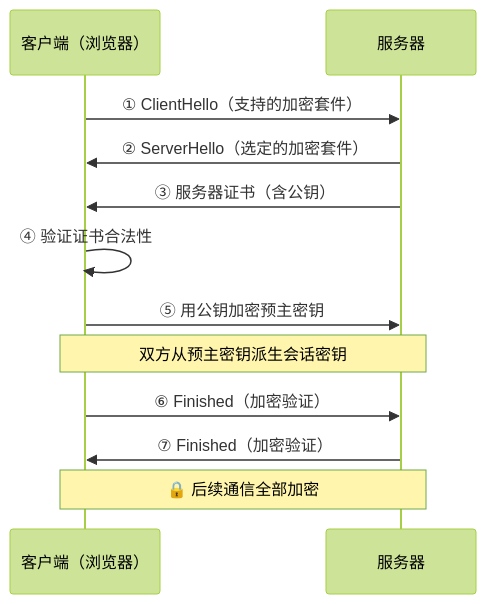
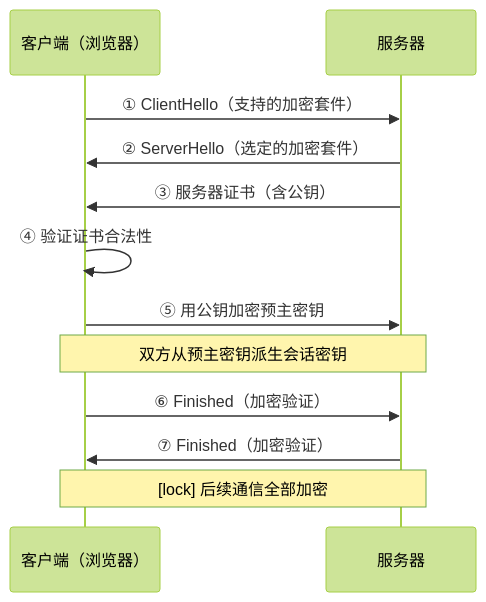
Before and after one commit to SKT-Shurima/NetworkMastery: the second of 4 diagrams in docs/guide/attacks/encryption.md, drawn with Mermaid (forest theme). The commit also changed other lines of this file and 54 other files, not shown here.

````diff
--- a/docs/guide/attacks/encryption.md
+++ b/docs/guide/attacks/encryption.md
@@ -47,15 +47,15 @@
 ```mermaid
 sequenceDiagram
     participant C as 客户端（浏览器）
     participant S as 服务器
 
     C->>S: ① ClientHello（支持的加密套件）
     S->>C: ② ServerHello（选定的加密套件）
     S->>C: ③ 服务器证书（含公钥）
     C->>C: ④ 验证证书合法性
     C->>S: ⑤ 用公钥加密预主密钥
     Note over C,S: 双方从预主密钥派生会话密钥
     C->>S: ⑥ Finished（加密验证）
     S->>C: ⑦ Finished（加密验证）
-    Note over C,S: 🔒 后续通信全部加密
+    Note over C,S: [lock] 后续通信全部加密
 ```
````
